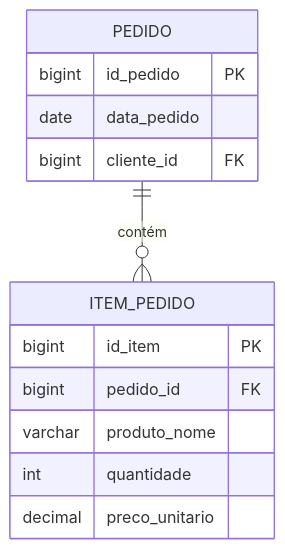
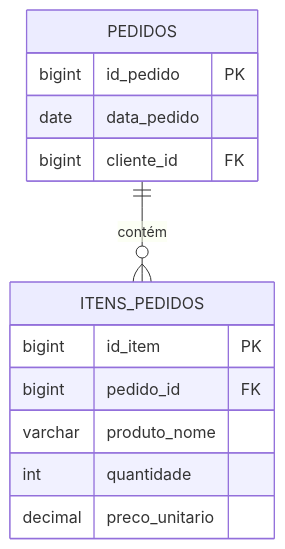
The third of 9 diagrams in docs/aulas/Aula_02_Normalizacao.md (DSM-Fatec-Jahu/BDR-DSM-2026-2), drawn with Mermaid before and after one commit. The commit also changed other lines of this file and 1 other file, not shown here.

````diff
--- a/docs/aulas/Aula_02_Normalizacao.md
+++ b/docs/aulas/Aula_02_Normalizacao.md
@@ -206,18 +216,18 @@
 ```mermaid
 erDiagram
-    PEDIDO {
+    PEDIDOS {
         bigint id_pedido PK
         date data_pedido
         bigint cliente_id FK
     }
 
-    ITEM_PEDIDO {
+    ITENS_PEDIDOS {
         bigint id_item PK
         bigint pedido_id FK
         varchar produto_nome
         int quantidade
         decimal preco_unitario
     }
 
-    PEDIDO ||--o{ ITEM_PEDIDO : "contém"
+    PEDIDOS ||--o{ ITENS_PEDIDOS : "contém"
 ```
````
